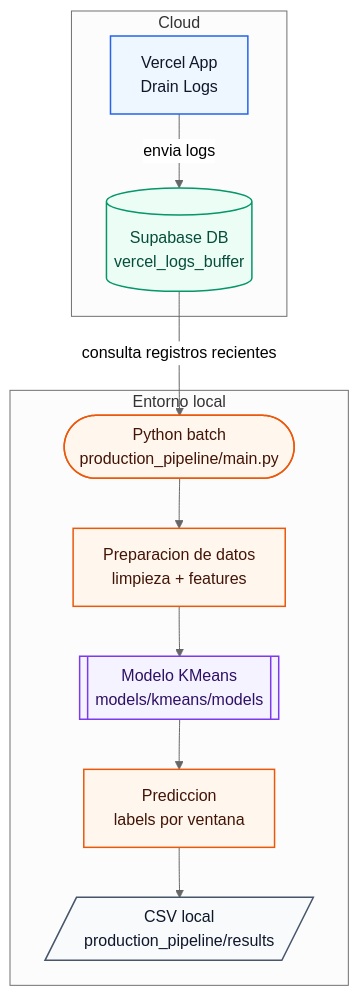
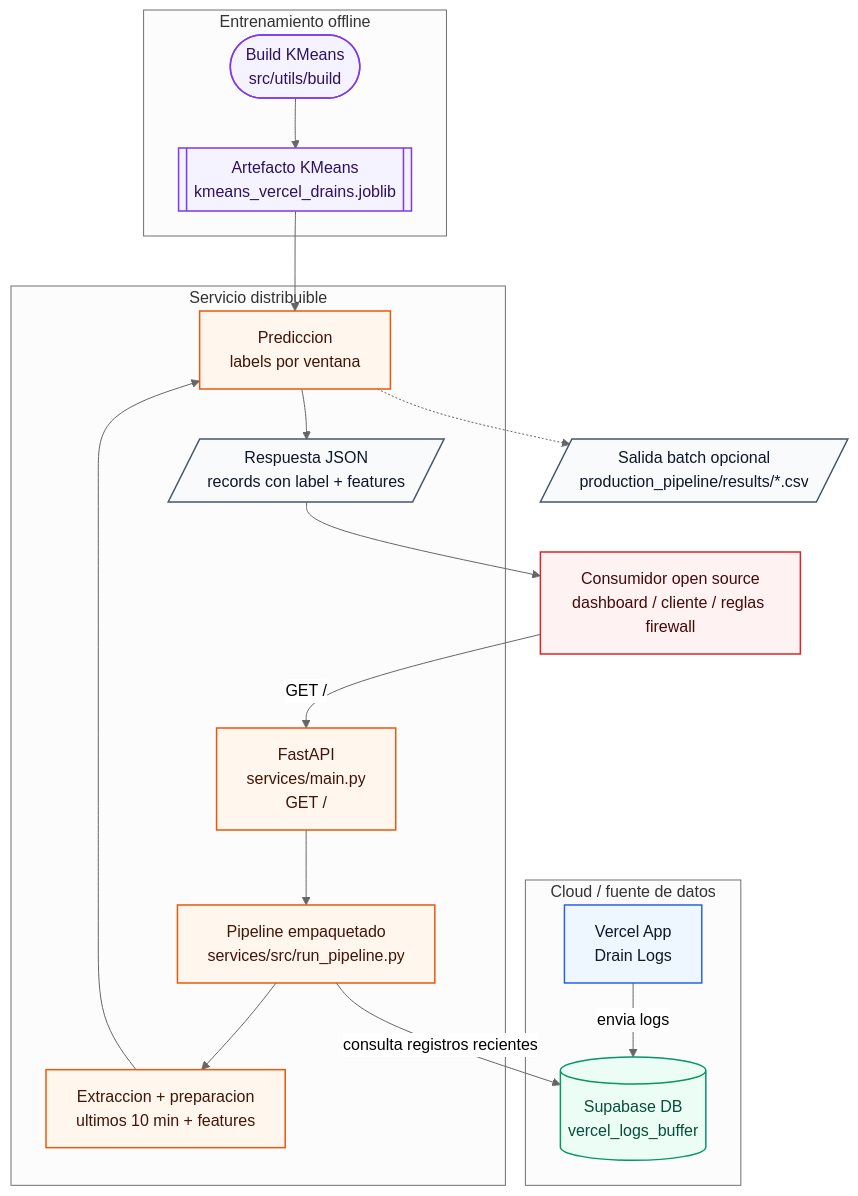
Before and after one commit to Groltjor/LogHound: the diagram in README.MD, drawn with Mermaid (neutral theme).

Commit message:
Update de README, eventualmente push de ver 0.5 srry parte 2

````diff
--- a/README.MD
+++ b/README.MD
@@ -11,34 +11,49 @@
 ```mermaid
 flowchart TB
-    subgraph cloud["Cloud"]
+    subgraph cloud["Cloud / fuente de datos"]
         vercel["Vercel App<br/>Drain Logs"]
         supabase[("Supabase DB<br/>vercel_logs_buffer")]
     end
 
-    subgraph local["Entorno local"]
-        batch(["Python batch<br/>production_pipeline/main.py"])
-        etl["Preparacion de datos<br/>limpieza + features"]
-        kmeans[["Modelo KMeans<br/>models/kmeans/models"]]
-        predict["Prediccion<br/>labels por ventana"]
-        results[/"CSV local<br/>production_pipeline/results"/]
+    subgraph training["Entrenamiento offline"]
+        train(["Build KMeans<br/>src/utils/build"])
+        artifact[["Artefacto KMeans<br/>kmeans_vercel_drains.joblib"]]
     end
 
+    subgraph service["Servicio distribuible"]
+        fastapi["FastAPI<br/>services/main.py<br/>GET /"]
+        pipeline["Pipeline empaquetado<br/>services/src/run_pipeline.py"]
+        etl["Extraccion + preparacion<br/>ultimos 10 min + features"]
+        predict["Prediccion<br/>labels por ventana"]
+        response[/"Respuesta JSON<br/>records con label + features"/]
+    end
+
+    consumer["Consumidor open source<br/>dashboard / cliente / reglas firewall"]
+    csv[/"Salida batch opcional<br/>production_pipeline/results/*.csv"/]
+
     vercel -->|"envia logs"| supabase
-    supabase -->|"consulta registros recientes"| batch
-    batch --> etl
-    etl --> kmeans
-    kmeans --> predict
-    predict --> results
+    train --> artifact
+    consumer -->|"GET /"| fastapi
+    fastapi --> pipeline
+    pipeline -->|"consulta registros recientes"| supabase
+    pipeline --> etl
+    etl --> predict
+    artifact --> predict
+    predict --> response
+    response --> consumer
+    predict -.-> csv
 
     classDef source fill:#eef6ff,stroke:#2563eb,stroke-width:1.5px,color:#0f172a;
     classDef database fill:#ecfdf5,stroke:#059669,stroke-width:1.5px,color:#064e3b;
-    classDef localStep fill:#fff7ed,stroke:#ea580c,stroke-width:1.5px,color:#431407;
+    classDef serviceStep fill:#fff7ed,stroke:#ea580c,stroke-width:1.5px,color:#431407;
     classDef ml fill:#f5f3ff,stroke:#7c3aed,stroke-width:1.5px,color:#2e1065;
     classDef output fill:#f8fafc,stroke:#475569,stroke-width:1.5px,color:#0f172a;
+    classDef consumerNode fill:#fef2f2,stroke:#dc2626,stroke-width:1.5px,color:#450a0a;
 
     class vercel source;
     class supabase database;
-    class batch,etl,predict localStep;
-    class kmeans ml;
-    class results output;
+    class fastapi,pipeline,etl,predict serviceStep;
+    class train,artifact ml;
+    class response,csv output;
+    class consumer consumerNode;
 ```
````
